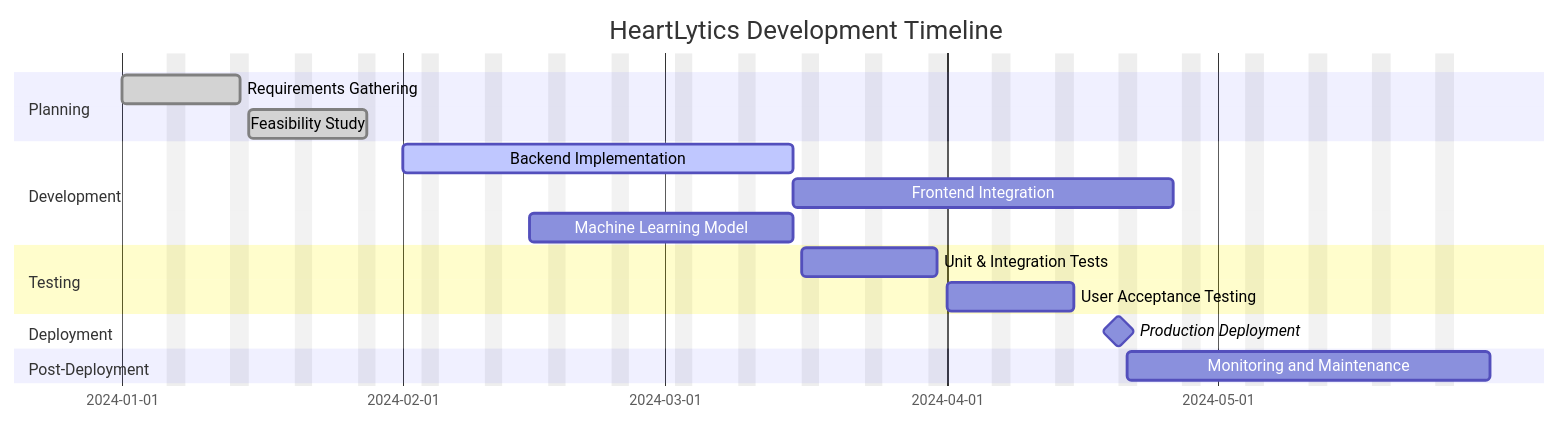
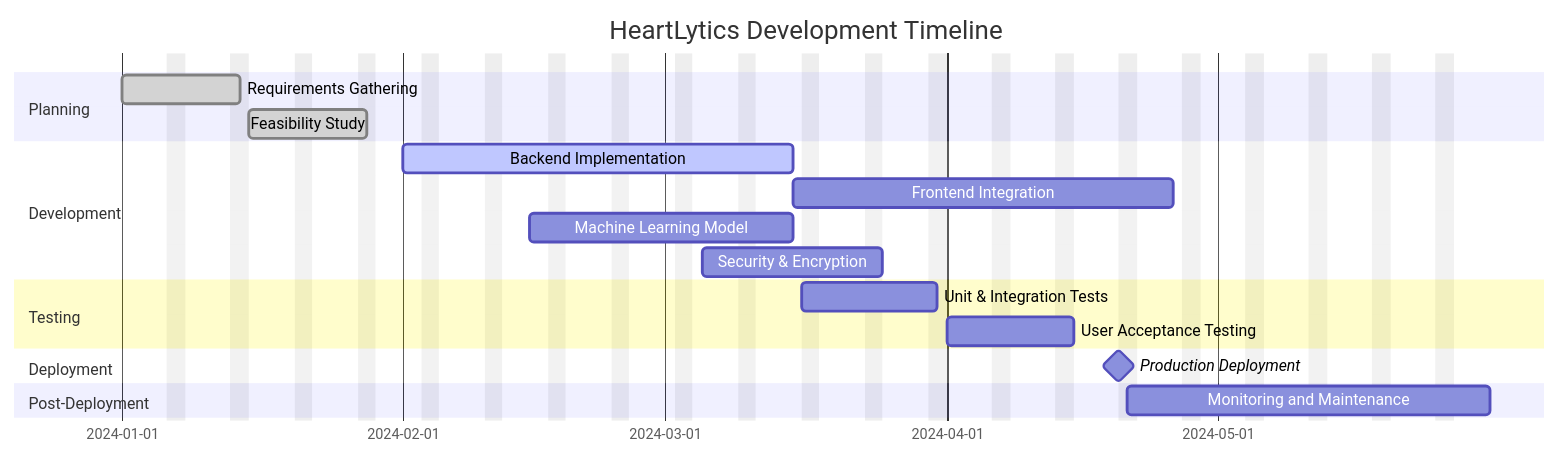
One commit to rasikasrimal/Heartlytics changed the diagram in gantt_chart.md. Above: the diagram before and after it, drawn with Mermaid. The commit also changed 19 other files, not shown here.

````diff
--- a/gantt_chart.md
+++ b/gantt_chart.md
@@ -5,25 +5,26 @@
 ```mermaid
 gantt
     dateFormat  YYYY-MM-DD
     title HeartLytics Development Timeline
     excludes weekends
 
     section Planning
     Requirements Gathering          :done,    req, 2024-01-01,2024-01-14
     Feasibility Study               :done,    feas, 2024-01-15,2024-01-28
 
     section Development
     Backend Implementation          :active,  back, 2024-02-01,2024-03-15
     Frontend Integration            :         front, after back, 30d
     Machine Learning Model          :         ml,   2024-02-15,2024-03-15
+    Security & Encryption           :         sec,  2024-03-05,2024-03-25
 
     section Testing
     Unit & Integration Tests        :         test, 2024-03-16,2024-03-31
     User Acceptance Testing         :         uat,  2024-04-01,2024-04-15
 
     section Deployment
     Production Deployment           :milestone, deploy, 2024-04-20, 0d
 
     section Post-Deployment
     Monitoring and Maintenance      :         post, 2024-04-21,2024-05-31
 ```
````
